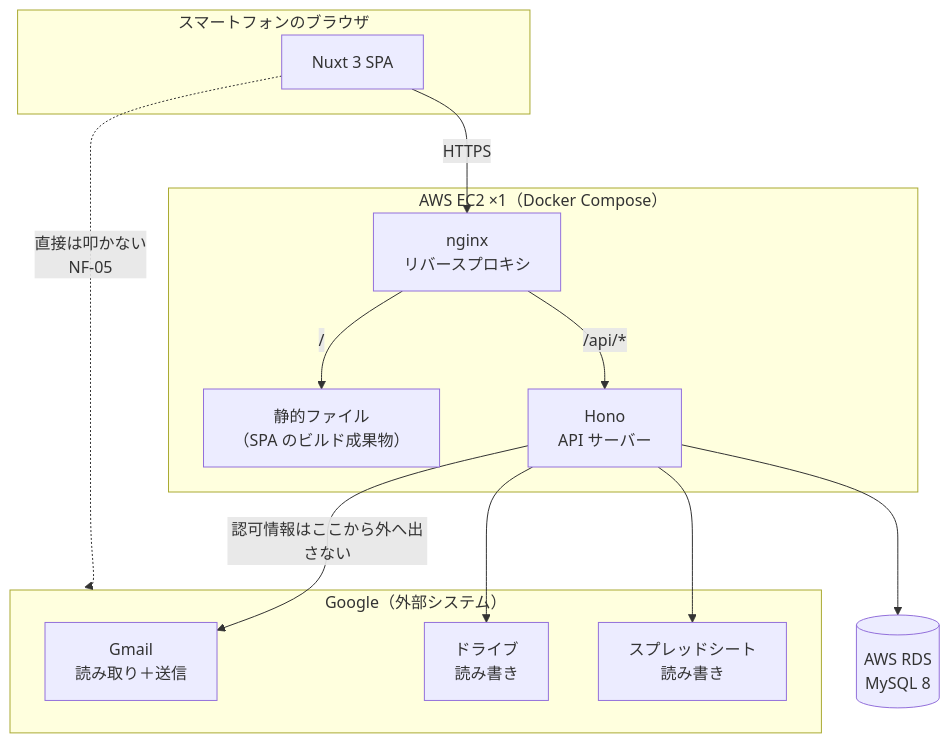
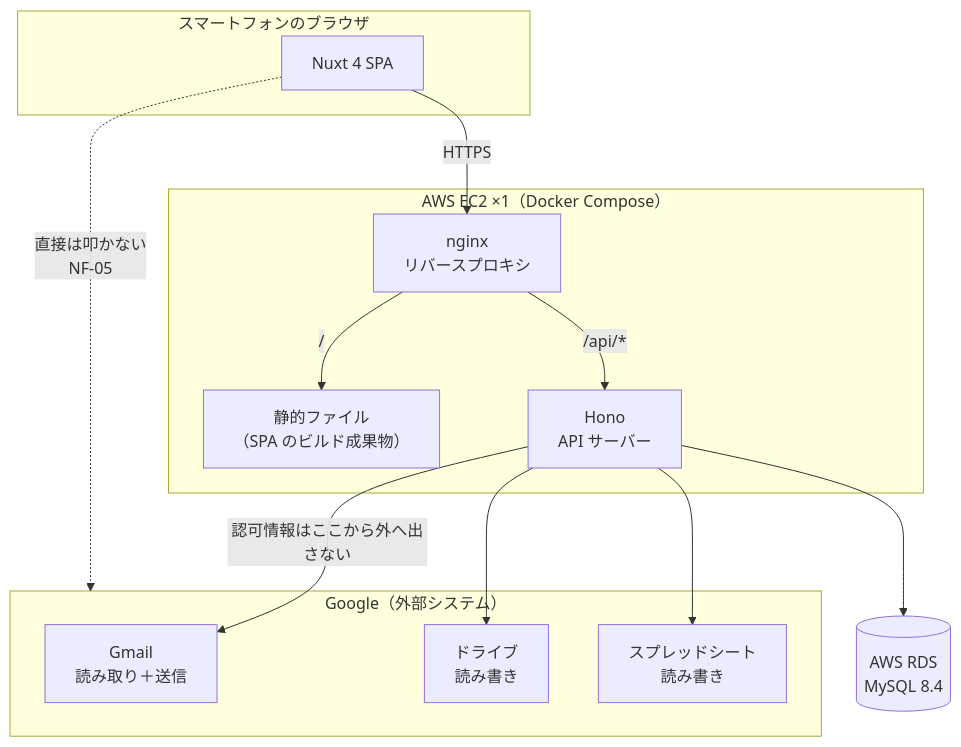
The diagram in docs/design/01-architecture.md (tk-media-code/expense-claim), drawn with Mermaid before and after one commit. The commit also changed other lines of this file and 29 other files, not shown here.

````diff
--- a/docs/design/01-architecture.md
+++ b/docs/design/01-architecture.md
@@ -278,30 +292,30 @@
 ```mermaid
 flowchart TB
     subgraph client["スマートフォンのブラウザ"]
-        spa["Nuxt 3 SPA"]
+        spa["Nuxt 4 SPA"]
     end
 
     subgraph ec2["AWS EC2 ×1（Docker Compose）"]
         nginx["nginx<br/>リバースプロキシ"]
         static["静的ファイル<br/>（SPA のビルド成果物）"]
         api["Hono<br/>API サーバー"]
     end
 
-    rds[("AWS RDS<br/>MySQL 8")]
+    rds[("AWS RDS<br/>MySQL 8.4")]
 
     subgraph google["Google（外部システム）"]
         gmail["Gmail<br/>読み取り＋送信"]
         drive["ドライブ<br/>読み書き"]
         sheets["スプレッドシート<br/>読み書き"]
     end
 
     spa -->|HTTPS| nginx
     nginx -->|"/"| static
     nginx -->|"/api/*"| api
     api --> rds
     api -->|認可情報はここから外へ出さない| gmail
     api --> drive
     api --> sheets
 
     spa -.->|直接は叩かない<br/>NF-05| google
 ```
````
